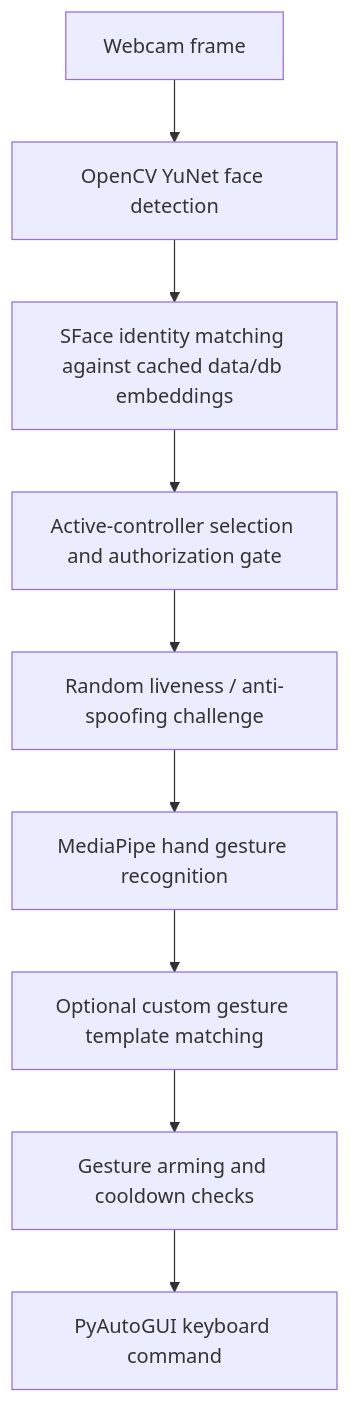
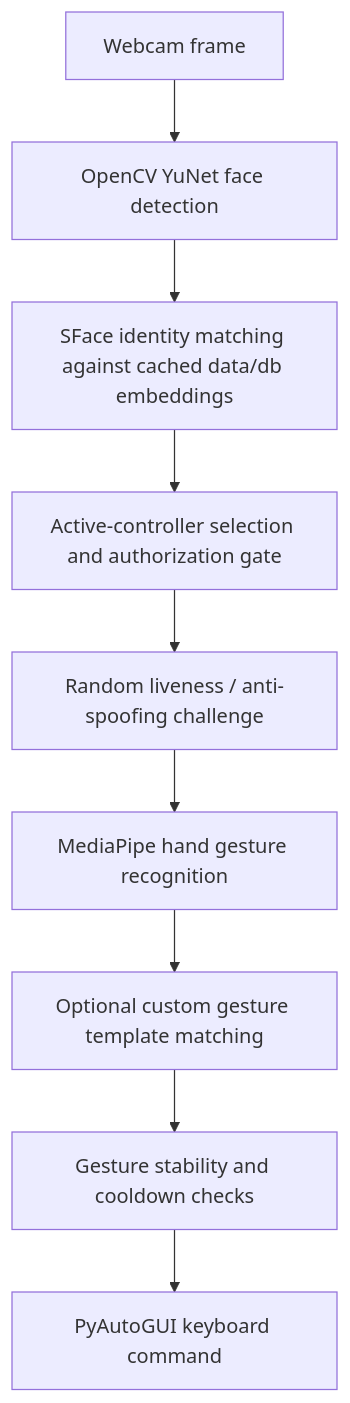
One commit to AbdelrahmanAboegela/vision-gesture-media-control changed the diagram in README.md. Above: the diagram before and after it, drawn with Mermaid. The commit also changed other lines of this file and 2 other files, not shown here.

Commit message:
Remove gesture arming gate

````diff
--- a/README.md
+++ b/README.md
@@ -309,11 +306,11 @@
 ```mermaid
 flowchart TD
     A["Webcam frame"] --> B["OpenCV YuNet face detection"]
     B --> C["SFace identity matching against cached data/db embeddings"]
     C --> D["Active-controller selection and authorization gate"]
     D --> E["Random liveness / anti-spoofing challenge"]
     E --> F["MediaPipe hand gesture recognition"]
     F --> G["Optional custom gesture template matching"]
-    G --> H["Gesture arming and cooldown checks"]
+    G --> H["Gesture stability and cooldown checks"]
     H --> I["PyAutoGUI keyboard command"]
 ```
````
